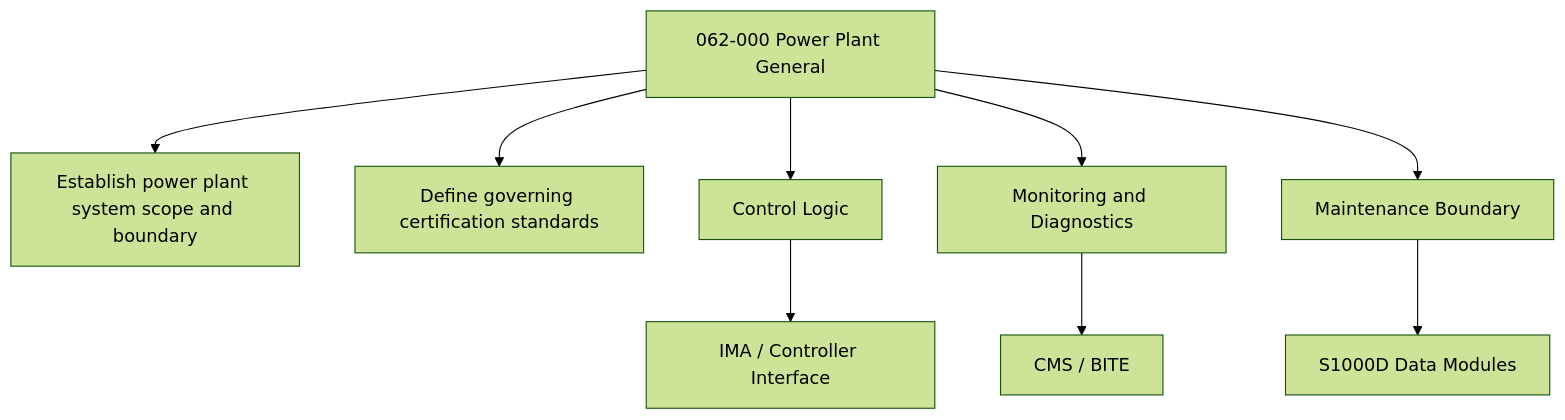
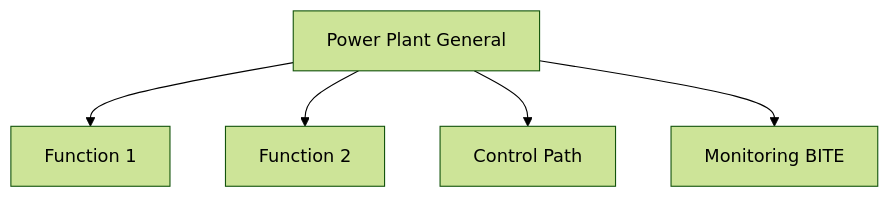
One commit to AmedeoPelliccia/Qplus-For-All-Queer-People-and-Quantum changed the second of 2 diagrams in Q+ATLANTIDE/000-099_ATLAS/060-069_Propulsion-Tradicional/062_Power-Plant/062-000-Power-Plant-General.md. Above: the diagram before and after it, drawn with Mermaid (forest theme). The commit also changed other lines of this file and 74 other files, not shown here.

````diff
--- a/Q+ATLANTIDE/000-099_ATLAS/060-069_Propulsion-Tradicional/062_Power-Plant/062-000-Power-Plant-General.md
+++ b/Q+ATLANTIDE/000-099_ATLAS/060-069_Propulsion-Tradicional/062_Power-Plant/062-000-Power-Plant-General.md
@@ -172,11 +100,7 @@
 ```mermaid
 flowchart TB
-    SYS[062-000 Power Plant General] --> F1[Establish power plant system scope and boundary]
-    SYS --> F2[Define governing certification standards]
-    SYS --> CTRL[Control Logic]
-    SYS --> MON[Monitoring and Diagnostics]
-    SYS --> MAINT[Maintenance Boundary]
-    CTRL --> IMA[IMA / Controller Interface]
-    MON --> CMS[CMS / BITE]
-    MAINT --> CSDB[S1000D Data Modules]
+    SYS[Power Plant General] --> F1[Function 1]
+    SYS --> F2[Function 2]
+    SYS --> CTRL[Control Path]
+    SYS --> MON[Monitoring BITE]
 ```
````
